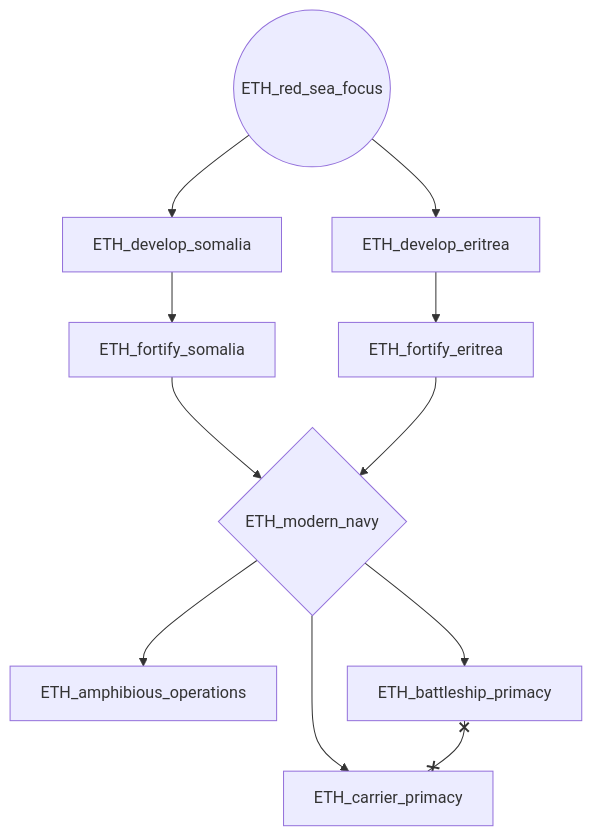
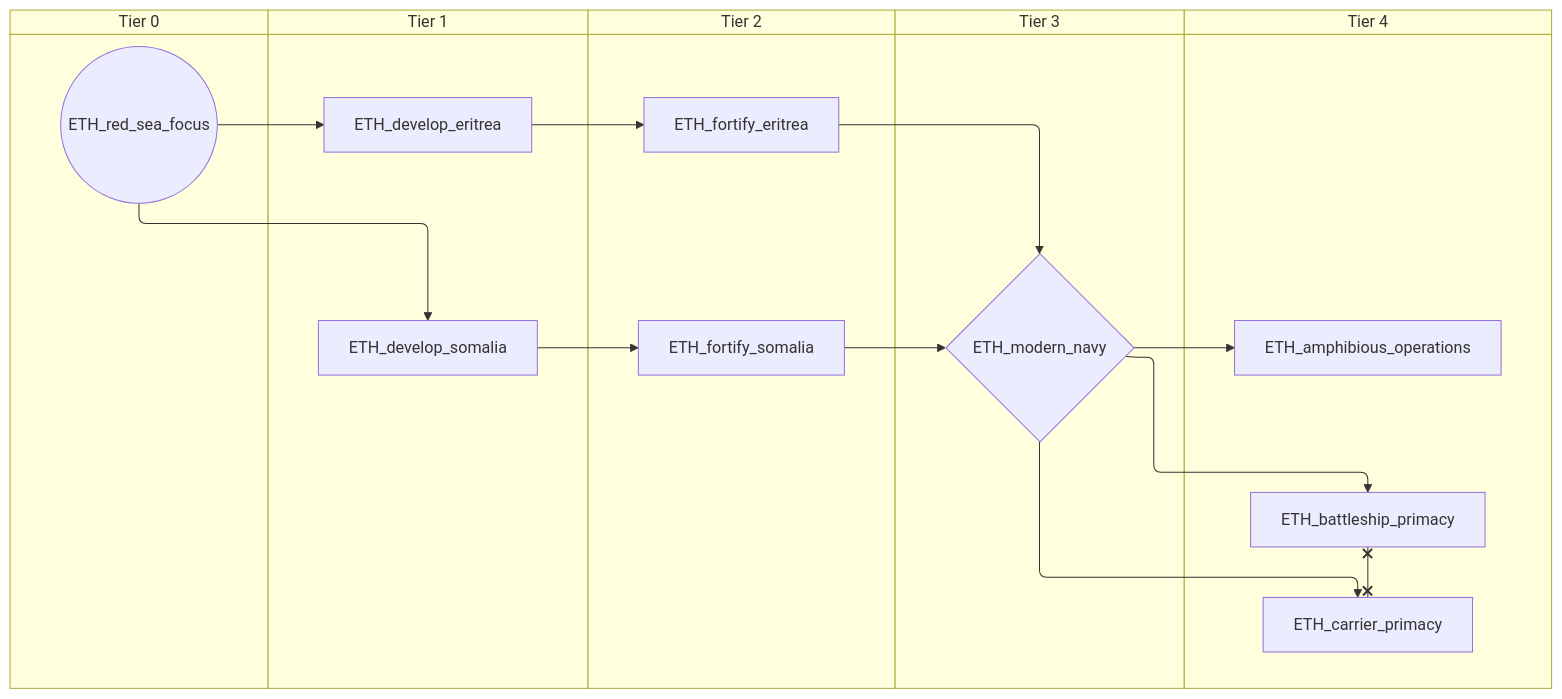
One commit to evgeny-sobol/hoi4-sandbox-mode-r56 changed the sixth of 6 diagrams in docs/gdd/National Focuses/r56/r56_ethiopia.md. Above: the diagram before and after it, drawn with Mermaid. The commit also changed other lines of this file and 423 other files, not shown here.

First line of the commit message:
Re-export Rt56 focus trees as swimlane diagrams

````diff
--- a/docs/gdd/National Focuses/r56/r56_ethiopia.md
+++ b/docs/gdd/National Focuses/r56/r56_ethiopia.md
@@ -167,22 +229,32 @@
 ```mermaid
-flowchart TD
-    n49["ETH_amphibious_operations"]
-    n50["ETH_battleship_primacy"]
-    n51["ETH_carrier_primacy"]
-    n52["ETH_develop_eritrea"]
-    n53["ETH_develop_somalia"]
-    n54["ETH_fortify_eritrea"]
-    n55["ETH_fortify_somalia"]
-    n56{"ETH_modern_navy"}
-    n57(("ETH_red_sea_focus"))
-    n56 --> n49
-    n56 --> n50
-    n56 --> n51
-    n57 --> n52
-    n57 --> n53
+swimlane-beta TD
+    subgraph tier_0["Tier 0"]
+        n49(("ETH_red_sea_focus"))
+    end
+    subgraph tier_1["Tier 1"]
+        n50["ETH_develop_eritrea"]
+        n51["ETH_develop_somalia"]
+    end
+    subgraph tier_2["Tier 2"]
+        n52["ETH_fortify_eritrea"]
+        n53["ETH_fortify_somalia"]
+    end
+    subgraph tier_3["Tier 3"]
+        n54{"ETH_modern_navy"}
+    end
+    subgraph tier_4["Tier 4"]
+        n55["ETH_amphibious_operations"]
+        n56["ETH_battleship_primacy"]
+        n57["ETH_carrier_primacy"]
+    end
+    n54 --> n55
+    n54 --> n56
+    n54 --> n57
+    n49 --> n50
+    n49 --> n51
+    n50 --> n52
+    n51 --> n53
+    n53 --> n54
     n52 --> n54
-    n53 --> n55
-    n55 --> n56
-    n54 --> n56
-    n50 x--x n51
+    n56 x--x n57
 ```
````
